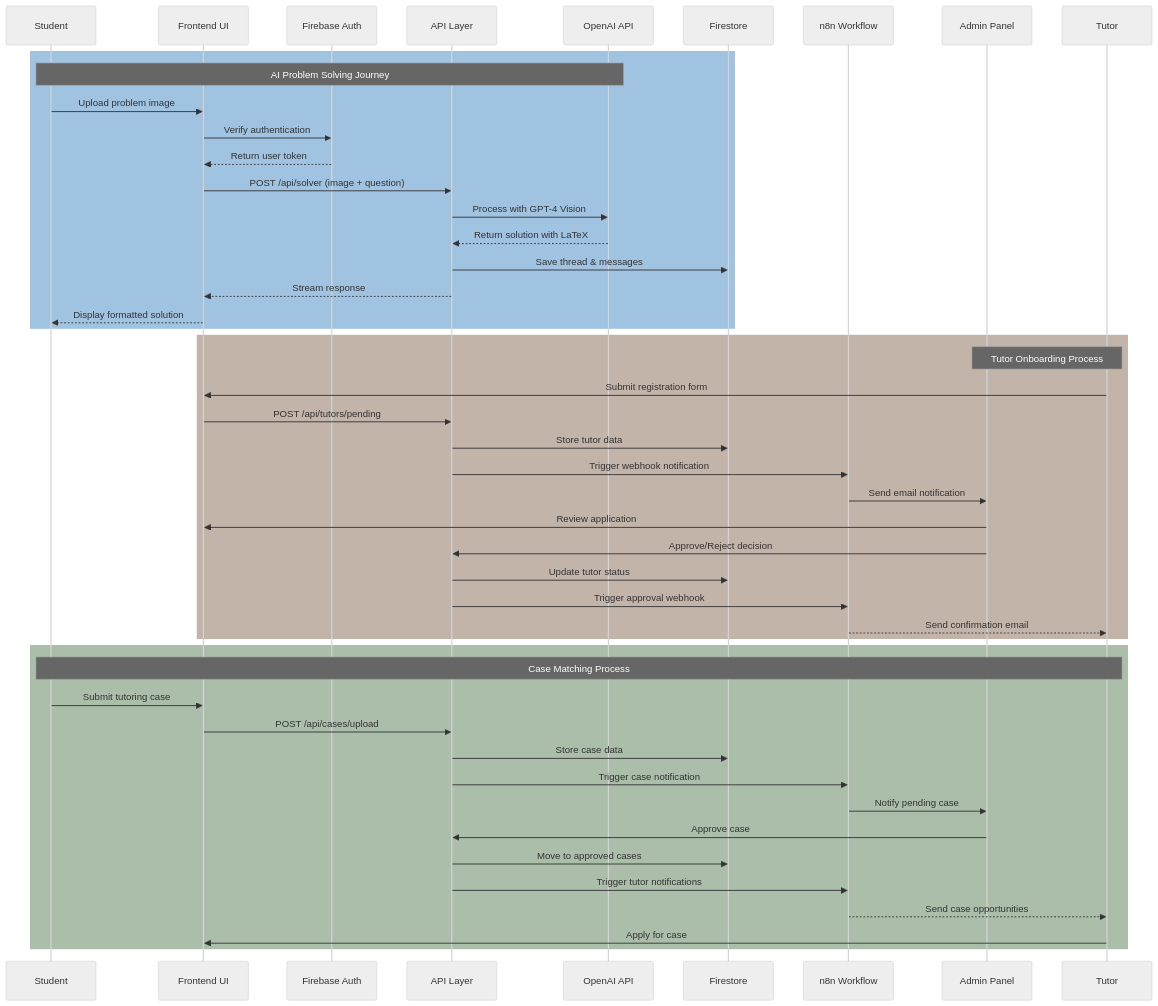
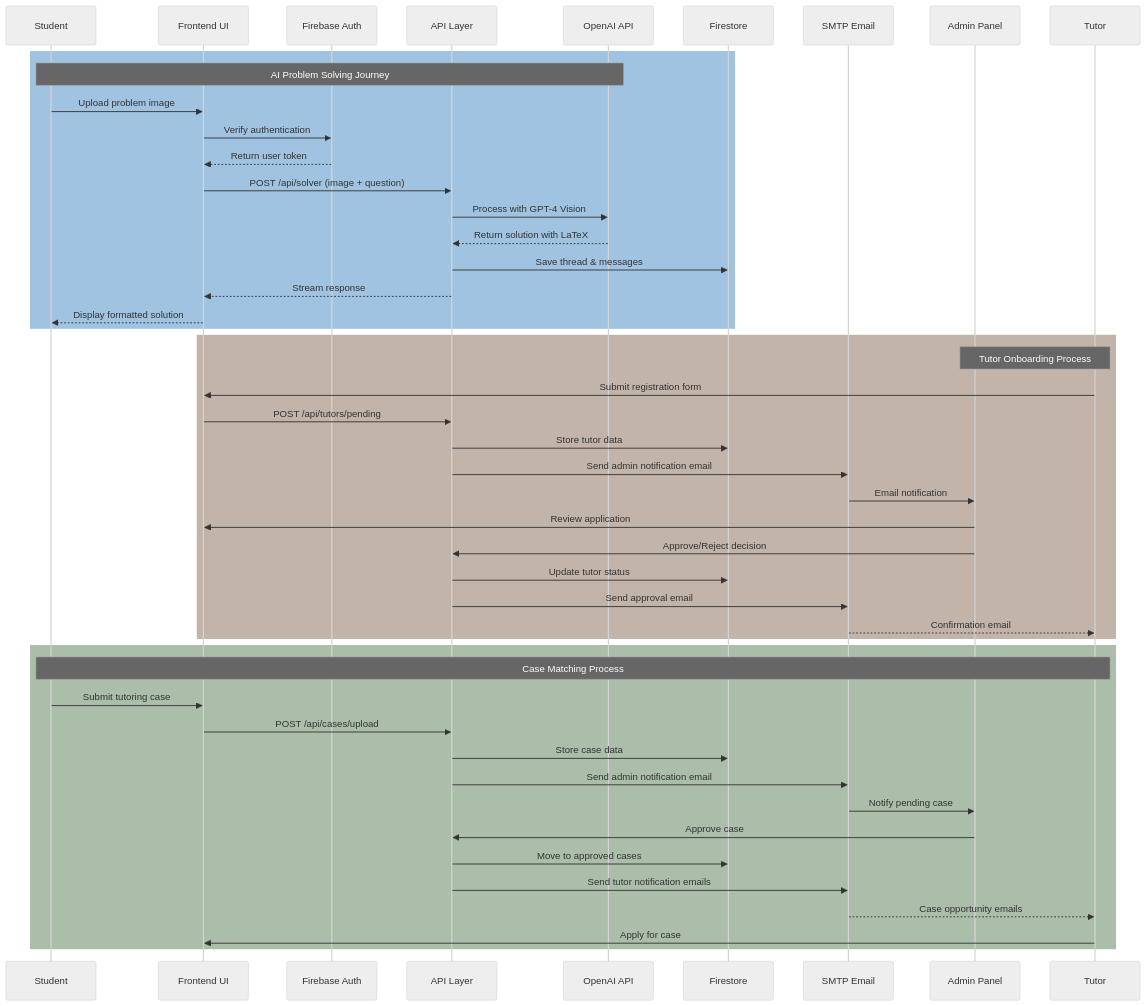
Before and after one commit to eason034056/tutor-matching: the fourth of 4 diagrams in README.md, drawn with Mermaid (neutral theme). The commit also changed other lines of this file and 9 other files, not shown here.

First line of the commit message:
refactor(notifications): replace n8n webhook with direct SMTP email

````diff
--- a/README.md
+++ b/README.md
@@ -199,56 +195,56 @@
 ```mermaid
 sequenceDiagram
     participant S as Student
     participant UI as Frontend UI
     participant Auth as Firebase Auth
     participant API as API Layer
     participant AI as OpenAI API
     participant DB as Firestore
-    participant N8N as n8n Workflow
+    participant SMTP as SMTP Email
     participant Admin as Admin Panel
     participant Tutor as Tutor
 
     %% AI Solver Flow
     rect rgb(160, 195, 225)
         Note over S,AI: AI Problem Solving Journey
         S->>UI: Upload problem image
         UI->>Auth: Verify authentication
         Auth-->>UI: Return user token
         UI->>API: POST /api/solver (image + question)
         API->>AI: Process with GPT-4 Vision
         AI-->>API: Return solution with LaTeX
         API->>DB: Save thread & messages
         API-->>UI: Stream response
         UI-->>S: Display formatted solution
     end
 
     %% Tutor Registration Flow  
     rect rgb(195, 180, 170)
         Note over Tutor,Admin: Tutor Onboarding Process
         Tutor->>UI: Submit registration form
         UI->>API: POST /api/tutors/pending
         API->>DB: Store tutor data
-        API->>N8N: Trigger webhook notification
-        N8N->>Admin: Send email notification
+        API->>SMTP: Send admin notification email
+        SMTP->>Admin: Email notification
         Admin->>UI: Review application
         Admin->>API: Approve/Reject decision
         API->>DB: Update tutor status
-        API->>N8N: Trigger approval webhook
-        N8N-->>Tutor: Send confirmation email
+        API->>SMTP: Send approval email
+        SMTP-->>Tutor: Confirmation email
     end
 
     %% Case Matching Flow
     rect rgb(170, 190, 170)
         Note over S,Tutor: Case Matching Process
         S->>UI: Submit tutoring case
         UI->>API: POST /api/cases/upload
         API->>DB: Store case data
-        API->>N8N: Trigger case notification
-        N8N->>Admin: Notify pending case
+        API->>SMTP: Send admin notification email
+        SMTP->>Admin: Notify pending case
         Admin->>API: Approve case
         API->>DB: Move to approved cases
-        API->>N8N: Trigger tutor notifications
-        N8N-->>Tutor: Send case opportunities
+        API->>SMTP: Send tutor notification emails
+        SMTP-->>Tutor: Case opportunity emails
         Tutor->>UI: Apply for case
     end
 ```
````
